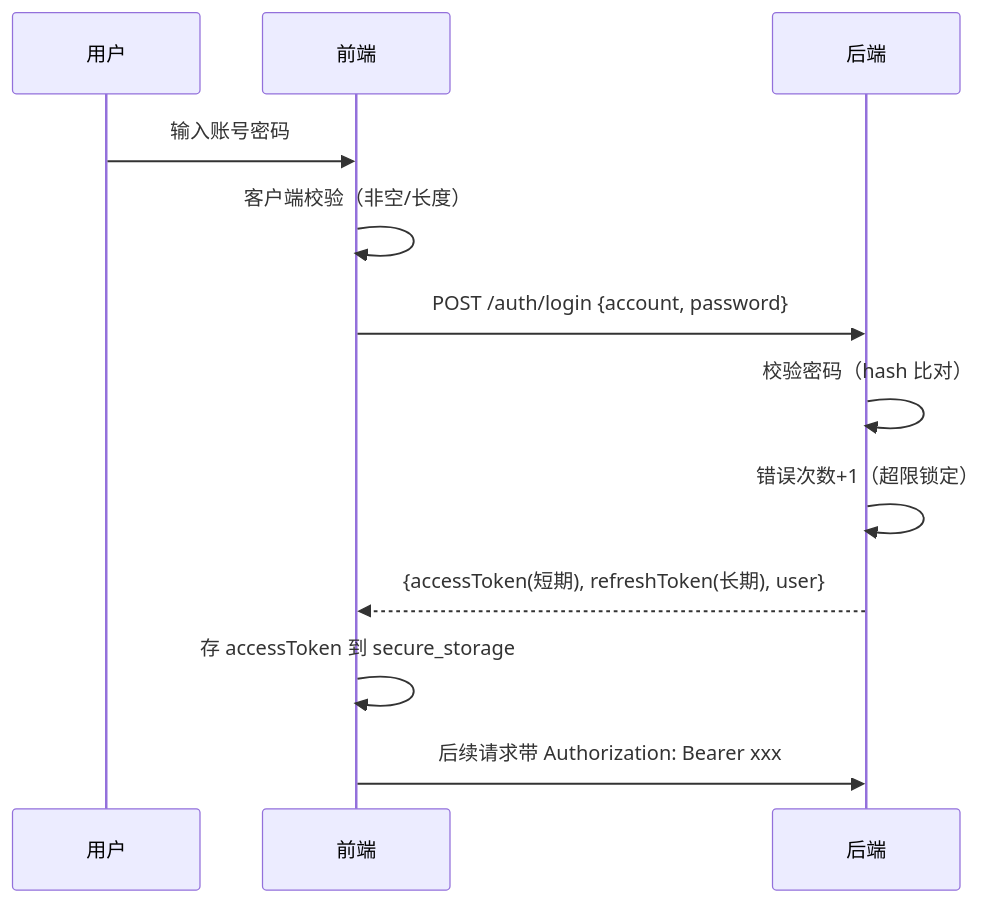
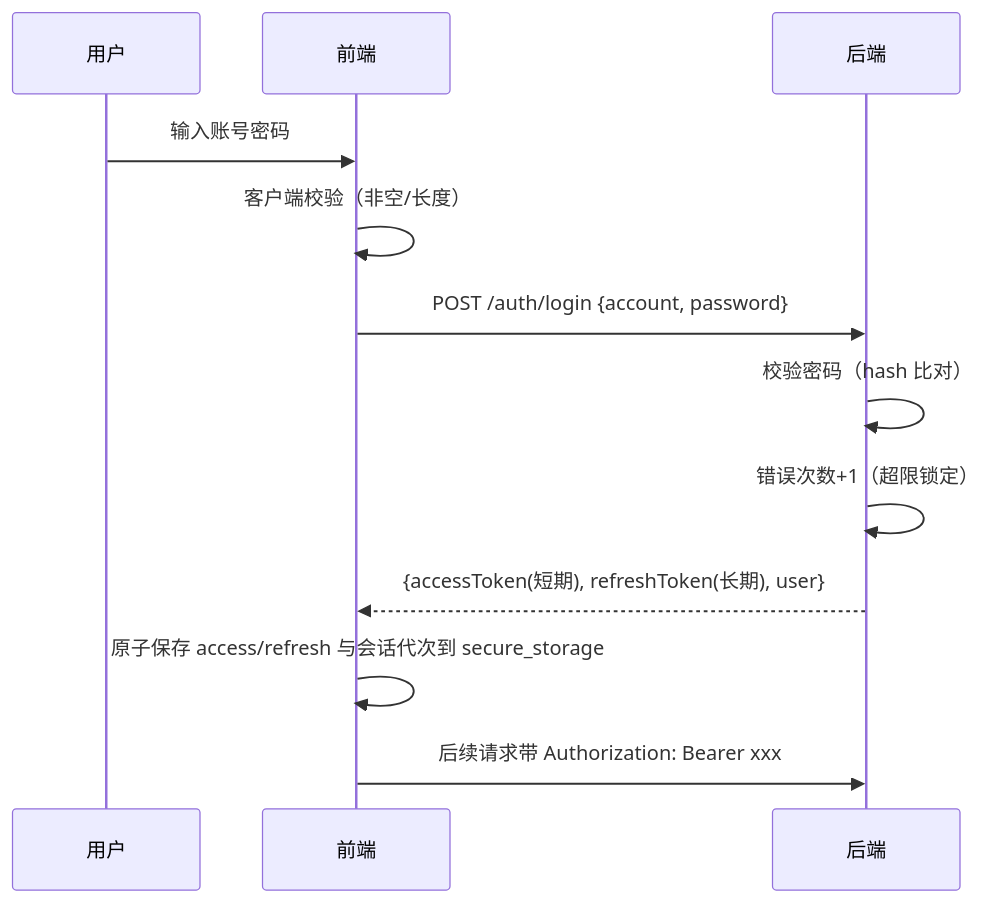
One commit to BruceChu0424/utenelec_imp changed the diagram in docs/05-架构/安全策略.md. Above: the diagram before and after it, drawn with Mermaid. The commit also changed other lines of this file and 370 other files, not shown here.

````diff
--- a/docs/05-架构/安全策略.md
+++ b/docs/05-架构/安全策略.md
@@ -40,15 +40,15 @@
 ```mermaid
 sequenceDiagram
     participant U as 用户
     participant F as 前端
     participant B as 后端
 
     U->>F: 输入账号密码
     F->>F: 客户端校验（非空/长度）
     F->>B: POST /auth/login {account, password}
     B->>B: 校验密码（hash 比对）
     B->>B: 错误次数+1（超限锁定）
     B-->>F: {accessToken(短期), refreshToken(长期), user}
-    F->>F: 存 accessToken 到 secure_storage
+    F->>F: 原子保存 access/refresh 与会话代次到 secure_storage
     F->>B: 后续请求带 Authorization: Bearer xxx
 ```
````
